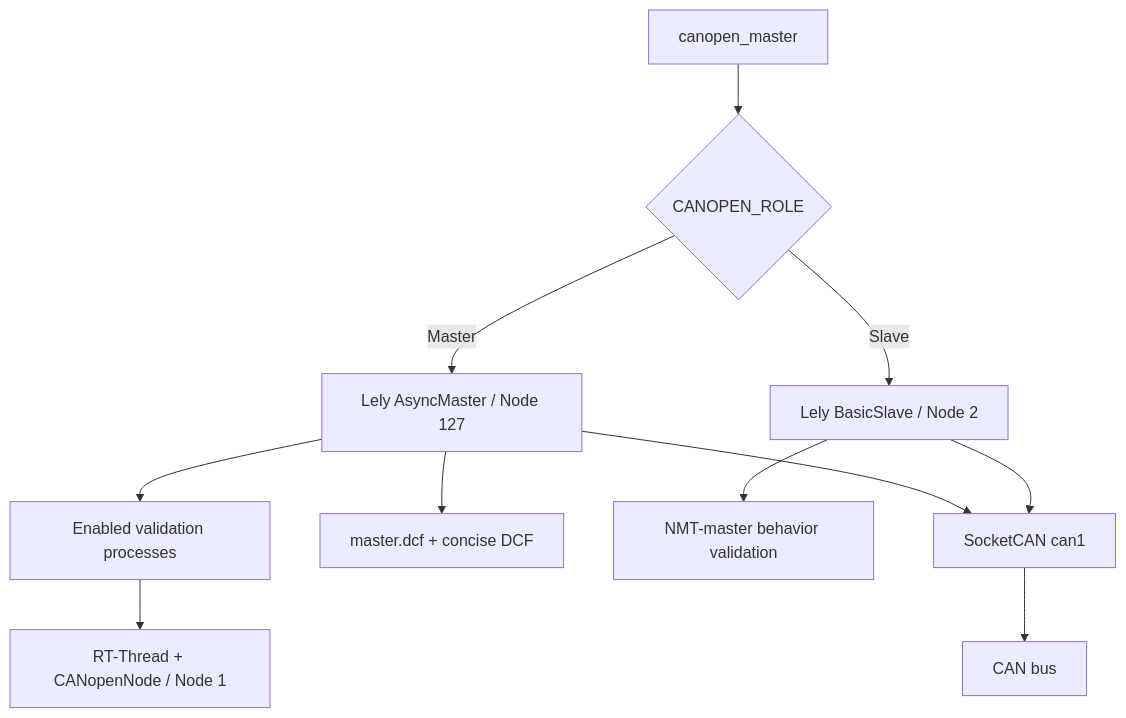
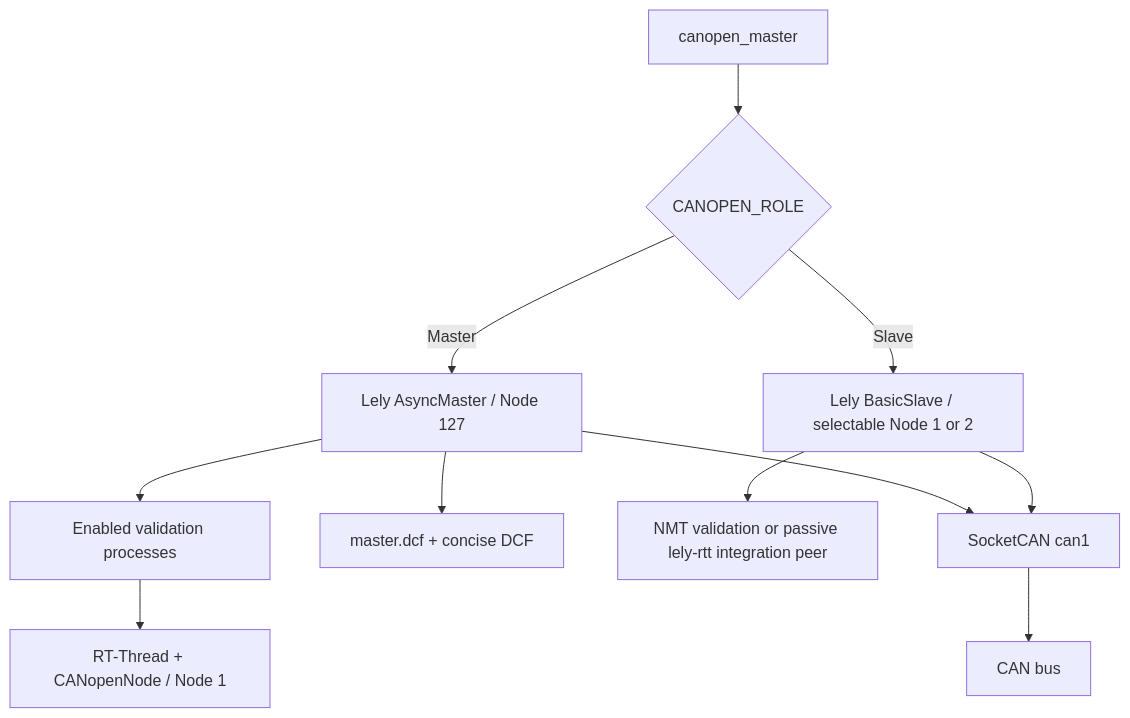
One commit to wdfk-prog/canopen-slave-tester changed the diagram in README.md. Above: the diagram before and after it, drawn with Mermaid. The commit also changed other lines of this file and 23 other files, not shown here.

First line of the commit message:
test[canopen][nmt]: add lely-rtt B4 slave peer profile

````diff
--- a/README.md
+++ b/README.md
@@ -53,13 +53,13 @@
 ```mermaid
 flowchart TD
     App[canopen_master] --> Role{CANOPEN_ROLE}
     Role -->|Master| Master[Lely AsyncMaster / Node 127]
-    Role -->|Slave| Peer[Lely BasicSlave / Node 2]
+    Role -->|Slave| Peer[Lely BasicSlave / selectable Node 1 or 2]
     Master --> Processes[Enabled validation processes]
     Master --> DCF[master.dcf + concise DCF]
-    Peer --> NMT[NMT-master behavior validation]
+    Peer --> NMT[NMT validation or passive lely-rtt integration peer]
     Processes --> MCU[RT-Thread + CANopenNode / Node 1]
     Master --> CAN[SocketCAN can1]
     Peer --> CAN
     CAN --> Bus[CAN bus]
 ```
````
